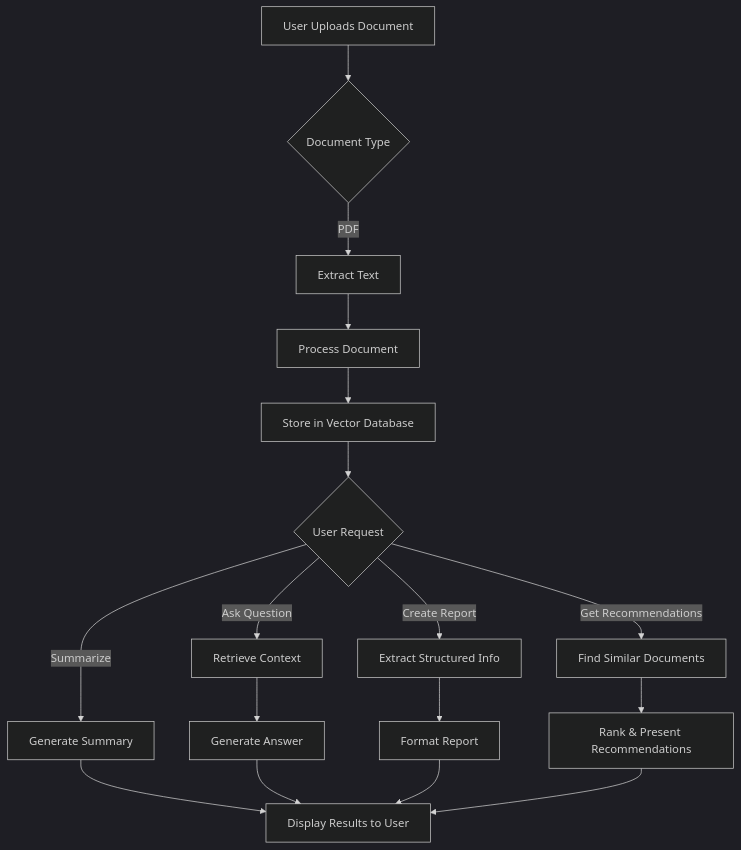
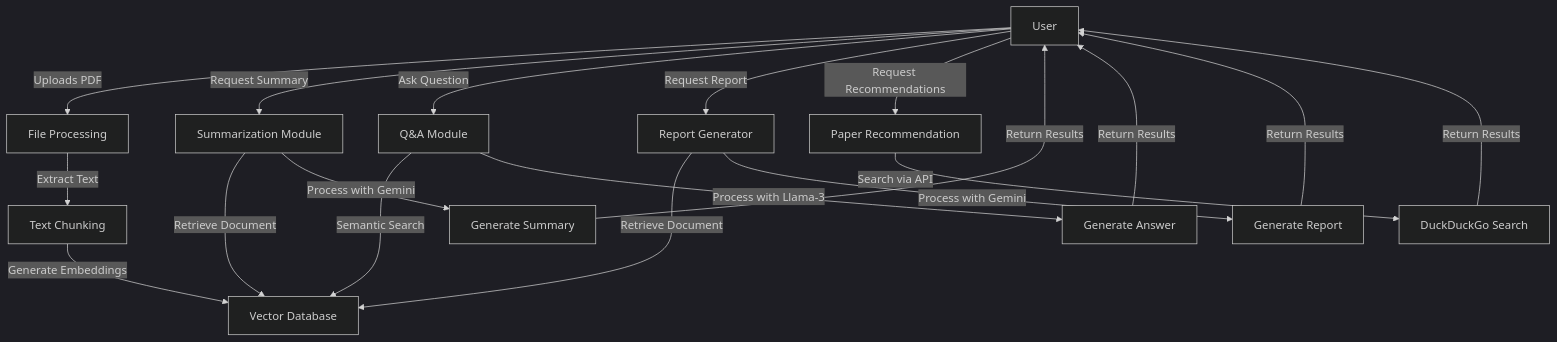
The first of 9 diagrams in project_analysis.md (PradnyaKarmalkar/AI-Inspired-Research-Tool), drawn with Mermaid (dark theme) before and after one commit. The commit also changed other lines of this file and 152 other files, not shown here.

````diff
--- a/project_analysis.md
+++ b/project_analysis.md
@@ -98,19 +70,25 @@
 ```mermaid
 flowchart TD
-    A[User Uploads Document] --> B{Document Type}
-    B -->|PDF| C[Extract Text]
-    C --> D[Process Document]
-    D --> E[Store in Vector Database]
-    E --> F{User Request}
-    F -->|Summarize| G[Generate Summary]
-    F -->|Ask Question| H[Retrieve Context]
-    H --> I[Generate Answer]
-    F -->|Create Report| J[Extract Structured Info]
-    J --> K[Format Report]
-    F -->|Get Recommendations| L[Find Similar Documents]
-    L --> M[Rank & Present Recommendations]
-    G --> N[Display Results to User]
-    I --> N
-    K --> N
-    M --> N
+    A[User] -->|Uploads PDF| B[File Processing]
+    B -->|Extract Text| C[Text Chunking]
+    C -->|Generate Embeddings| D[Vector Database]
+    
+    A -->|Request Summary| E[Summarization Module]
+    E -->|Retrieve Document| D
+    E -->|Process with Gemini| F[Generate Summary]
+    F -->|Return Results| A
+    
+    A -->|Ask Question| G[Q&A Module]
+    G -->|Semantic Search| D
+    G -->|Process with Llama-3| H[Generate Answer]
+    H -->|Return Results| A
+    
+    A -->|Request Report| I[Report Generator]
+    I -->|Retrieve Document| D
+    I -->|Process with Gemini| J[Generate Report]
+    J -->|Return Results| A
+    
+    A -->|Request Recommendations| K[Paper Recommendation]
+    K -->|Search via API| L[DuckDuckGo Search]
+    L -->|Return Results| A
 ```
````
